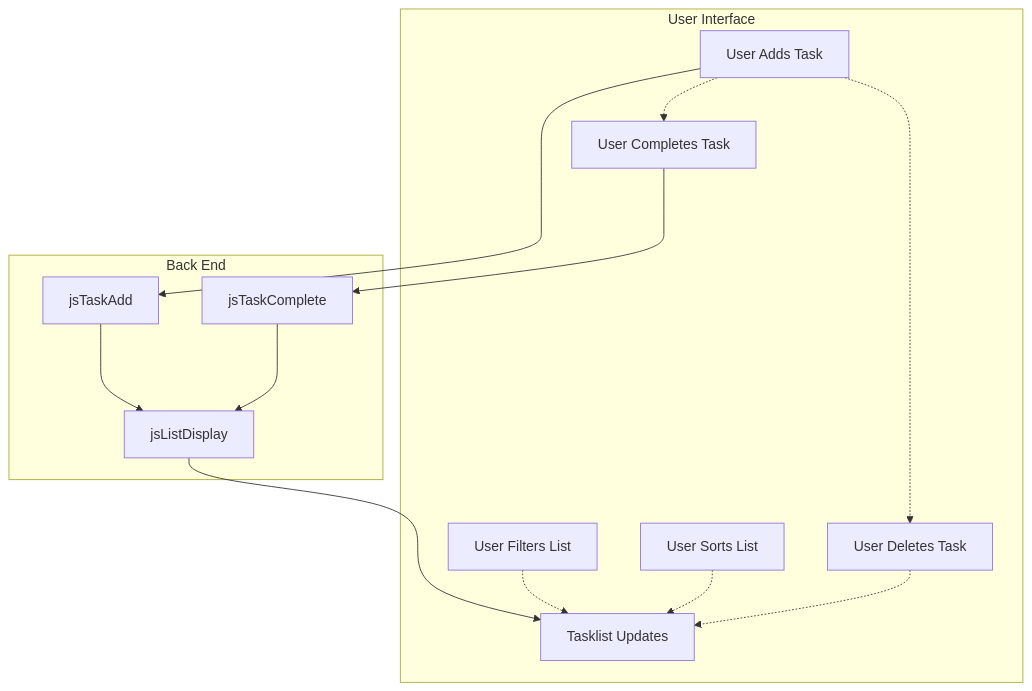
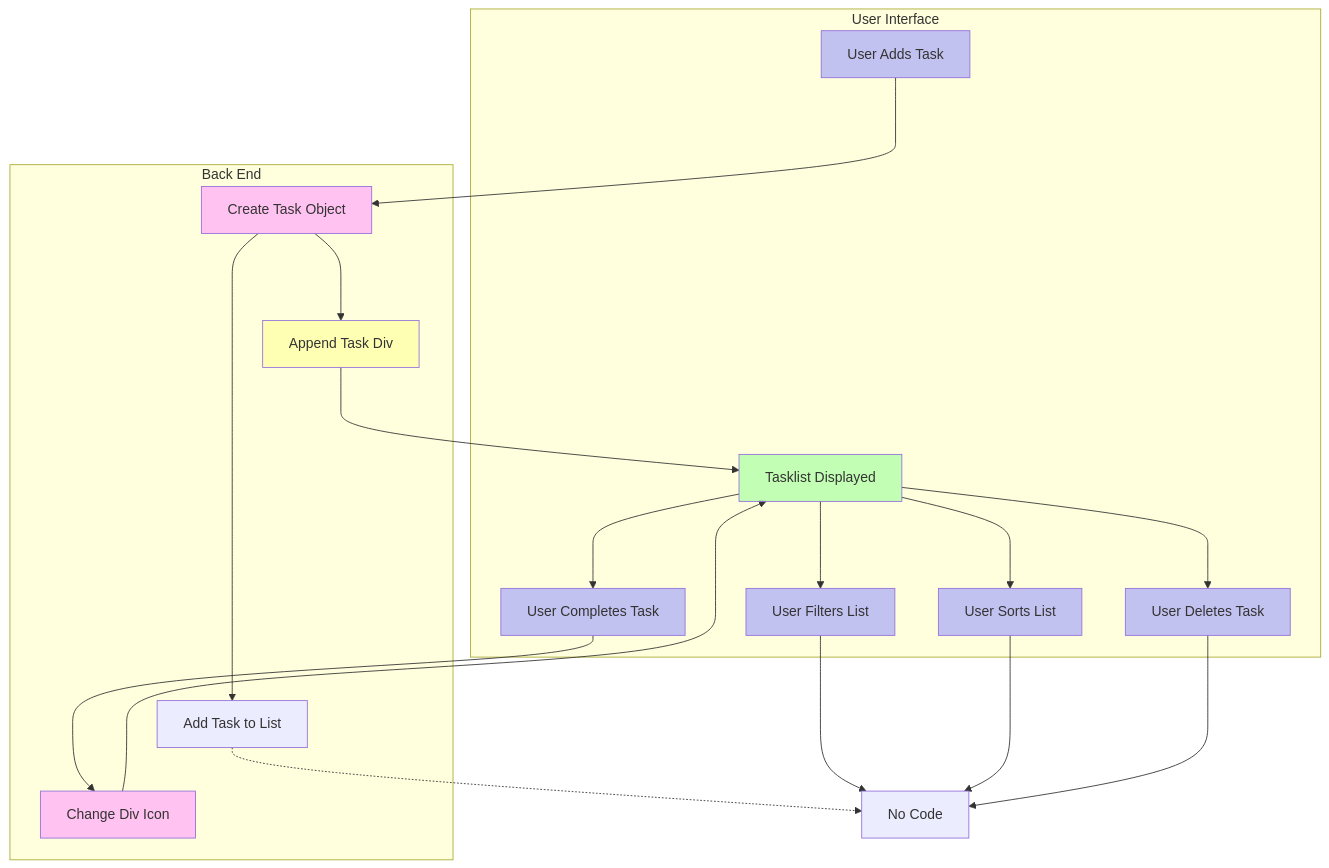
The first of 2 diagrams in README.md (JasonWarrenUK/ToDoodle), drawn with Mermaid before and after one commit. The commit also changed other lines of this file and 3 other files, not shown here.

````diff
--- a/README.md
+++ b/README.md
@@ -11,29 +19,41 @@
 ```mermaid
-graph TB
-subgraph user[User Interface]
-    userListFilter[User Filters List]
-    userListUpdate[Tasklist Updates]
-    userListSort[User Sorts List]
+    graph TB
+    subgraph user[User Interface]
+        userListFilter[User Filters List]:::input
+        userListDisplay[Tasklist Displayed]:::output
+        userListSort[User Sorts List]:::input
 
-    userTaskAdd[User Adds Task]
-    userTaskComplete[User Completes Task]
-    userTaskDelete[User Deletes Task]
-end
+        userTaskAdd[User Adds Task]:::input
+        userTaskComplete[User Completes Task]:::input
+        userTaskDelete[User Deletes Task]:::input
+    end
 
-subgraph code[Back End]
-    jsListDisplay
+    subgraph code[Back End]
+        jsTaskAdd[Add Task to List]
+        jsTaskAppend[Append Task Div]:::dom
+        jsTaskCreate[Create Task Object]:::data
+        jsTaskComplete[Change Div Icon]:::data
+    end
 
-    jsTaskAdd
-    jsTaskComplete
-end
+    null["No Code"]
 
-userTaskAdd ---> jsTaskAdd
-userTaskComplete ---> jsTaskComplete
-jsTaskAdd & jsTaskComplete ---> jsListDisplay ---> userListUpdate
+    jsTaskAdd -.-> null
+    jsTaskAppend ---> userListDisplay
+    jsTaskCreate ---> jsTaskAdd
+    jsTaskCreate ---> jsTaskAppend
+    jsTaskComplete ---> userListDisplay
+    userListDisplay ---> userListFilter
+    userListDisplay ---> userListSort
+    userListDisplay ---> userTaskComplete
+    userListDisplay ---> userTaskDelete
+    userListFilter ---> null
+    userListSort ---> null
+    userTaskAdd ---> jsTaskCreate
+    userTaskComplete ---> jsTaskComplete
+    userTaskDelete ---> null
 
-userListFilter -.-> userListUpdate
-userListSort -.-> userListUpdate
-userTaskAdd -.-> userTaskComplete
-userTaskAdd -.-> userTaskDelete
-userTaskDelete -.-> userListUpdate
+    classDef input fill:#9999ff99
+    classDef data fill:#ff99ff99
+    classDef dom fill:#ffff9999
+    classDef output fill:#99ff9999
 ```
````
